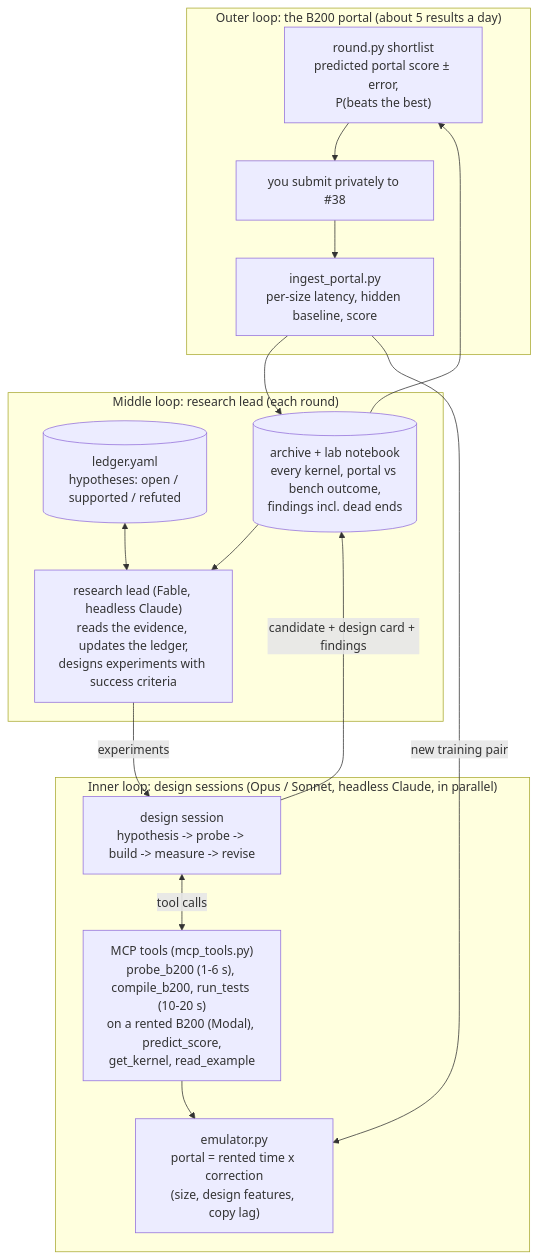
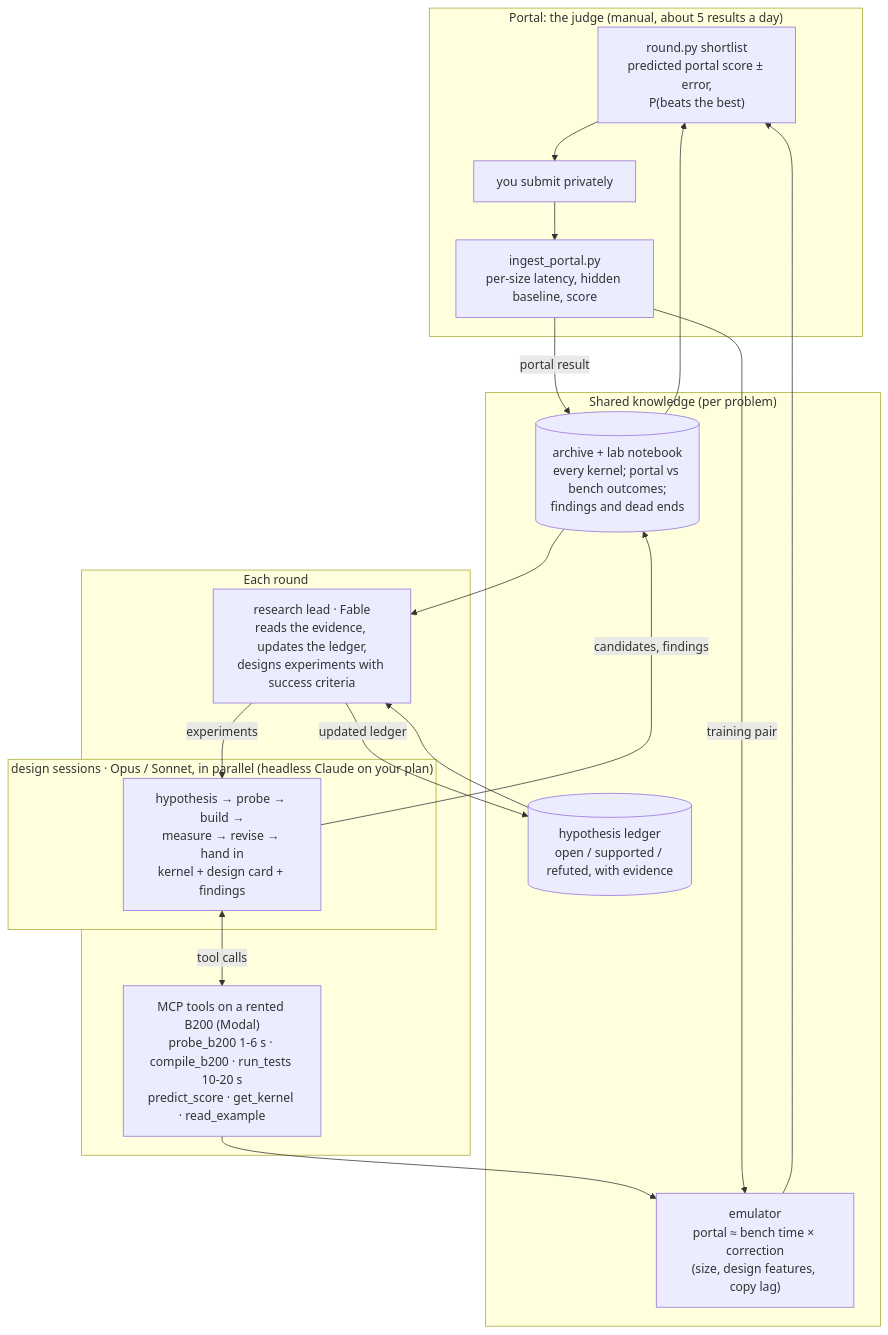
One commit to Hha21/execbench-test changed the diagram in README.md. Above: the diagram before and after it, drawn with Mermaid. The commit also changed other lines of this file, not shown here.

Commit message:
README: per-problem status table (no score chart), redrawn loop diagram

````diff
--- a/README.md
+++ b/README.md
@@ -42,28 +36,32 @@
 ```mermaid
 flowchart TB
-    subgraph outer["Outer loop: the B200 portal (about 5 results a day)"]
+    subgraph portal["Portal: the judge (manual, about 5 results a day)"]
         SL["round.py shortlist<br/>predicted portal score ± error,<br/>P(beats the best)"]
-        SUB["you submit privately to #38"]
+        SUB["you submit privately"]
         ING["ingest_portal.py<br/>per-size latency, hidden baseline, score"]
         SL --> SUB --> ING
     end
-    subgraph middle["Middle loop: research lead (each round)"]
-        LEAD["research lead (Fable, headless Claude)<br/>reads the evidence, updates the ledger,<br/>designs experiments with success criteria"]
-        LEDGER[("ledger.yaml<br/>hypotheses: open / supported / refuted")]
-        EVID[("archive + lab notebook<br/>every kernel, portal vs bench outcome,<br/>findings incl. dead ends")]
-        EVID --> LEAD
-        LEDGER <--> LEAD
+    subgraph knowledge["Shared knowledge (per problem)"]
+        LEDGER[("hypothesis ledger<br/>open / supported / refuted, with evidence")]
+        NOTE[("archive + lab notebook<br/>every kernel; portal vs bench outcomes;<br/>findings and dead ends")]
+        EMU["emulator<br/>portal ≈ bench time × correction<br/>(size, design features, copy lag)"]
     end
-    subgraph inner["Inner loop: design sessions (Opus / Sonnet, headless Claude, in parallel)"]
-        SESS["design session<br/>hypothesis -> probe -> build -> measure -> revise"]
-        TOOLS["MCP tools (mcp_tools.py)<br/>probe_b200 (1-6 s), compile_b200, run_tests (10-20 s)<br/>on a rented B200 (Modal), predict_score,<br/>get_kernel, read_example"]
-        EMU["emulator.py<br/>portal = rented time x correction<br/>(size, design features, copy lag)"]
-        SESS <-->|"tool calls"| TOOLS
-        TOOLS --> EMU
+    subgraph round["Each round"]
+        LEAD["research lead · Fable<br/>reads the evidence, updates the ledger,<br/>designs experiments with success criteria"]
+        subgraph sessions["design sessions · Opus / Sonnet, in parallel (headless Claude on your plan)"]
+            S1["hypothesis → probe → build →<br/>measure → revise → hand in<br/>kernel + design card + findings"]
+        end
+        TOOLS["MCP tools on a rented B200 (Modal)<br/>probe_b200 1-6 s · compile_b200 · run_tests 10-20 s<br/>predict_score · get_kernel · read_example"]
+        LEAD -->|"experiments"| S1
+        S1 <-->|"tool calls"| TOOLS
     end
-    LEAD -->|"experiments"| SESS
-    SESS -->|"candidate + design card + findings"| EVID
-    EVID --> SL
-    ING --> EVID
-    ING -->|"new training pair"| EMU
+    LEDGER --> LEAD
+    NOTE --> LEAD
+    LEAD -->|"updated ledger"| LEDGER
+    S1 -->|"candidates, findings"| NOTE
+    TOOLS --> EMU
+    EMU --> SL
+    NOTE --> SL
+    ING -->|"portal result"| NOTE
+    ING -->|"training pair"| EMU
 ```
````
